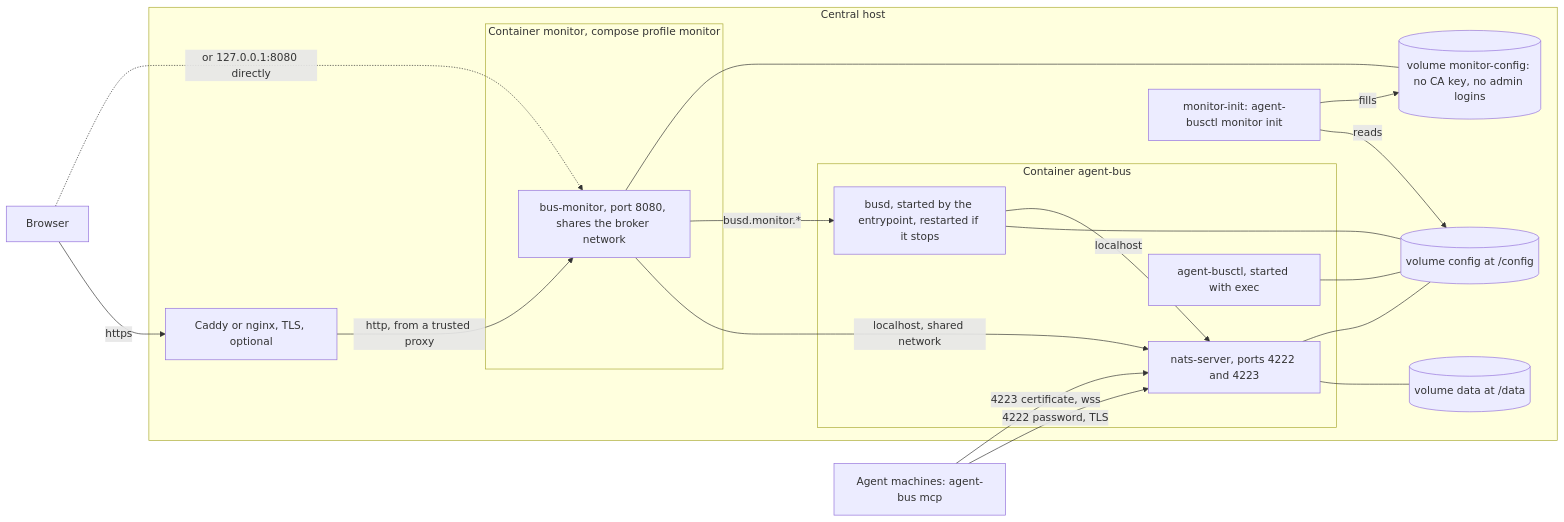
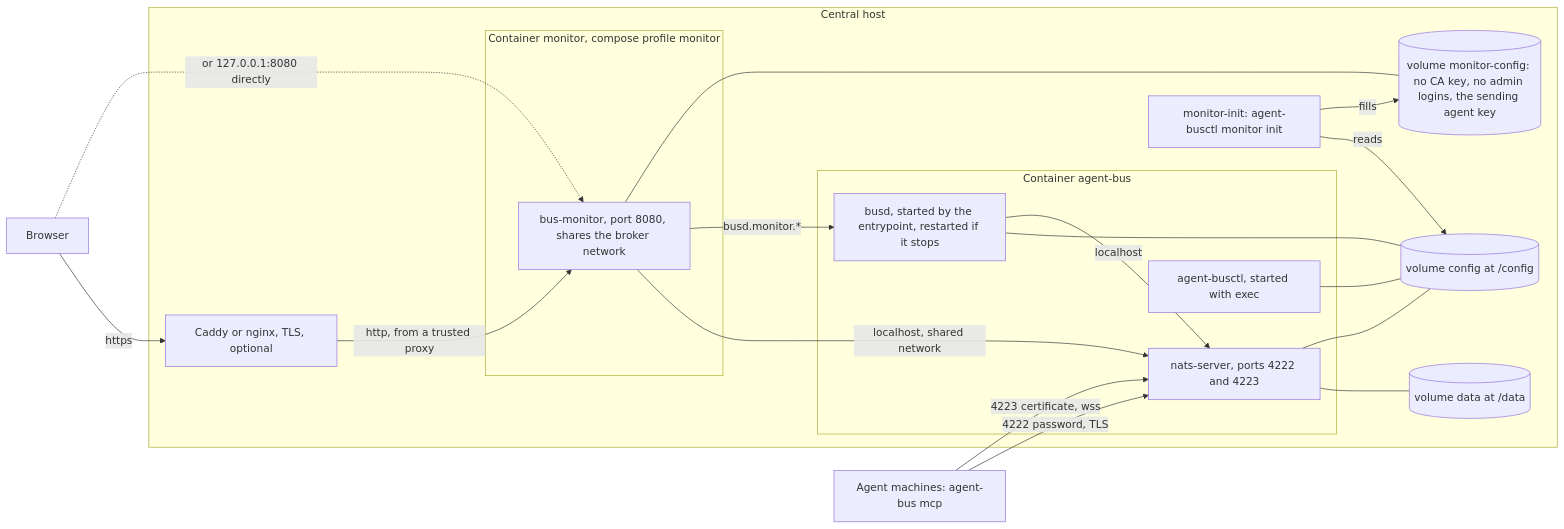
One commit to gentoomaniac/agent-bus changed the first of 2 diagrams in docs/design/operations.md. Above: the diagram before and after it, drawn with Mermaid. The commit also changed other lines of this file and 2 other files, not shown here.

Commit message:
docs/design: amended decisions keep their text (6, 25, 31, 38), architecture deployment matches operations, pending-count edge, monitor config holds the agent key
Claude-Session: https://claude.ai/code/session_017TJfhSr2WK61gHsPvC1vCP

````diff
--- a/docs/design/operations.md
+++ b/docs/design/operations.md
@@ -23,35 +23,35 @@
 ```mermaid
 flowchart LR
   subgraph host["Central host"]
     subgraph broker["Container agent-bus"]
       nats["nats-server, ports 4222 and 4223"]
       busd["busd, started by the entrypoint, restarted if it stops"]
       busctl["agent-busctl, started with exec"]
     end
     subgraph monitorc["Container monitor, compose profile monitor"]
       monitor["bus-monitor, port 8080, shares the broker network"]
     end
     initc["monitor-init: agent-busctl monitor init"]
     proxy["Caddy or nginx, TLS, optional"]
     config[("volume config at /config")]
-    monitorconfig[("volume monitor-config: no CA key, no admin logins")]
+    monitorconfig[("volume monitor-config: no CA key, no admin logins, the sending agent key")]
     data[("volume data at /data")]
   end
   agents["Agent machines: agent-bus mcp"]
   browser["Browser"]
   agents -->|"4222 password, TLS"| nats
   agents -->|"4223 certificate, wss"| nats
   browser -->|"https"| proxy
   proxy -->|"http, from a trusted proxy"| monitor
   browser -.->|"or 127.0.0.1:8080 directly"| monitor
   monitor -->|"localhost, shared network"| nats
   nats --- data
   nats --- config
   busd --- config
   busd -->|"localhost"| nats
   monitor -->|"busd.monitor.*"| busd
   initc -->|"reads"| config
   initc -->|"fills"| monitorconfig
   monitor --- monitorconfig
   busctl --- config
 ```
````
